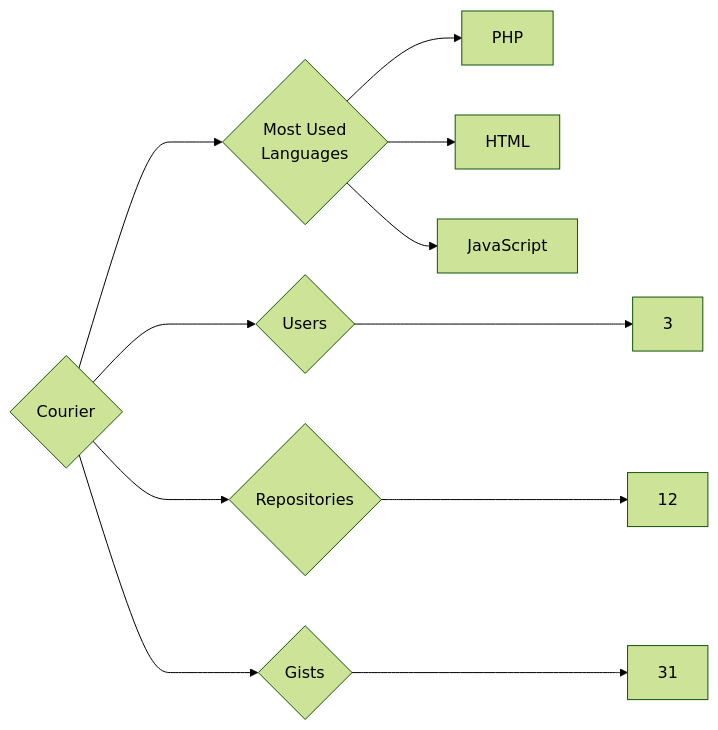
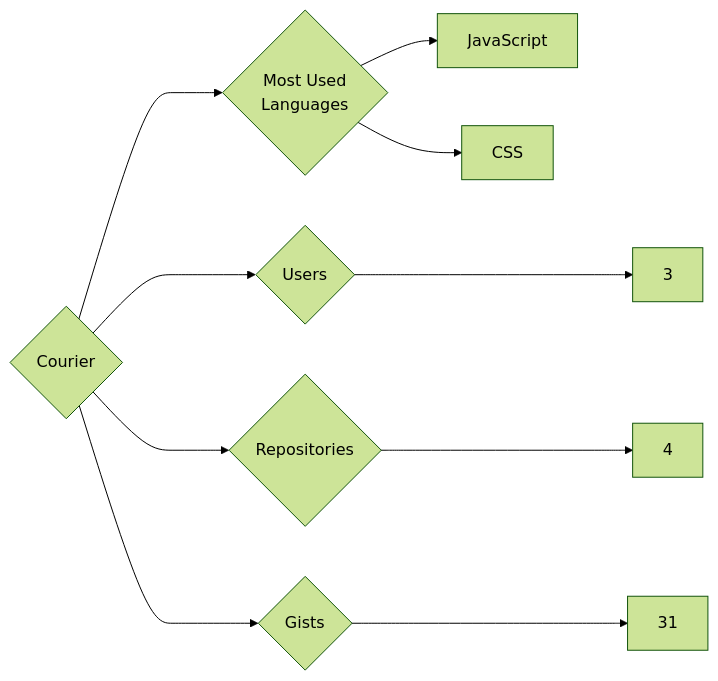
The diagram in targets/Courier/README.md (trickest/insiders), drawn with Mermaid (forest theme) before and after one commit. The commit also changed 873 other files, not shown here.

````diff
--- a/targets/Courier/README.md
+++ b/targets/Courier/README.md
@@ -3,11 +3,10 @@
 ```mermaid
 graph LR
 COMPANY_NAME{Courier}
 COMPANY_NAME ---> U{Users} ---> UN[3]
-COMPANY_NAME ---> R{Repositories} ---> RN[12]
+COMPANY_NAME ---> R{Repositories} ---> RN[4]
 COMPANY_NAME ---> G{Gists} ---> GN[31]
 COMPANY_NAME ---> ML{Most Used<br>Languages}
-ML --> PHP[PHP]
-ML --> HTML[HTML]
 ML --> JavaScript[JavaScript]
+ML --> CSS[CSS]
 ```
````
